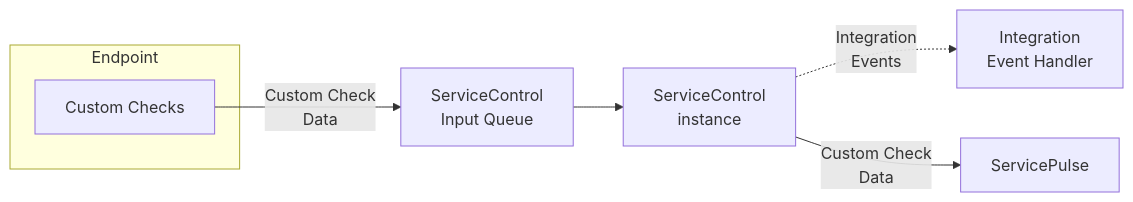
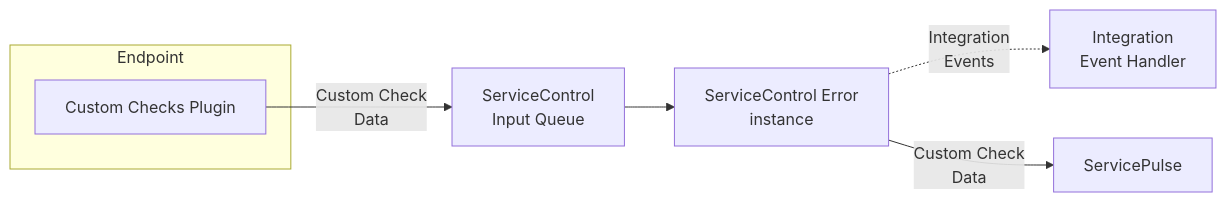
One commit to Particular/docs.particular.net changed the diagram in monitoring/custom-checks/index.md. Above: the diagram before and after it, drawn with Mermaid. The commit also changed other lines of this file and 3 other files, not shown here.

````diff
--- a/monitoring/custom-checks/index.md
+++ b/monitoring/custom-checks/index.md
@@ -13,15 +13,15 @@
 ```mermaid
 graph LR
 
 subgraph Endpoint
-CustomChecks[Custom Checks]
+CustomChecks[Custom Checks Plugin]
 end
 
 CustomChecks -- Custom Check<br>Data --> SCQ[ServiceControl<br>Input Queue]
 
-SCQ --> SC[ServiceControl<br>instance]
+SCQ --> SC[ServiceControl Error<br>instance]
 
 SC -. Integration<br/>Events .-> Integration[Integration<br/>Event Handler]
 
 SC -- Custom Check<br>Data --> ServicePulse
 ```
````
